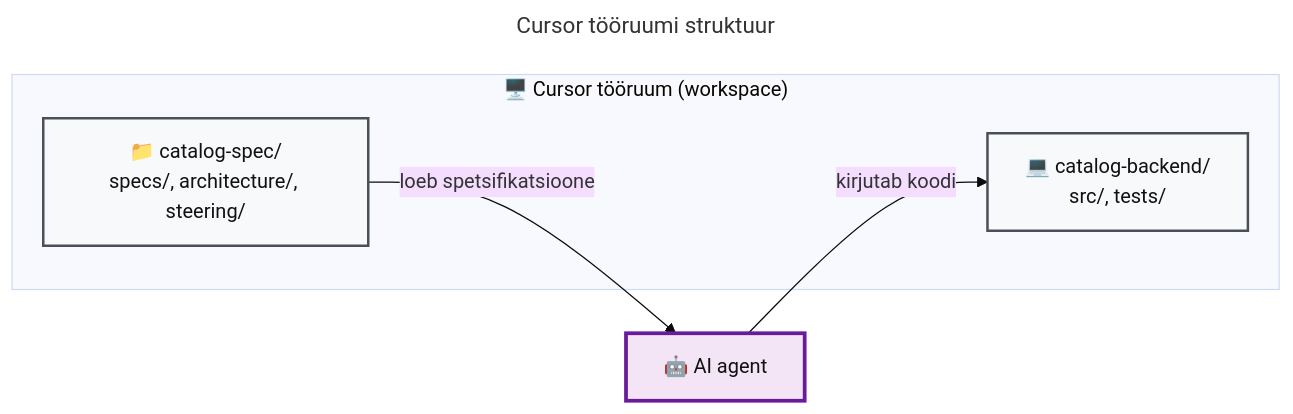
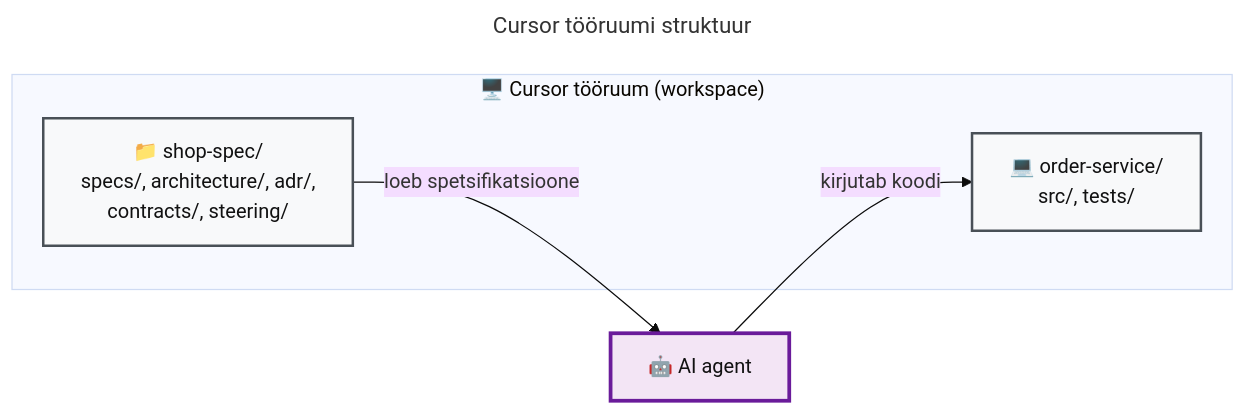
The tenth of 17 diagrams in process/specification-driven-development.md (e-gov/cursor-prompts), drawn with Mermaid (base theme) before and after one commit. The commit also changed other lines of this file and 18 other files, not shown here.

````diff
--- a/process/specification-driven-development.md
+++ b/process/specification-driven-development.md
@@ -562,21 +885,21 @@
 ```mermaid
 ---
 title: Cursor tööruumi struktuur
 ---
 flowchart LR
     subgraph Workspace["🖥️ Cursor tööruum (workspace)"]
-        AR["📁 catalog-spec/<br/>specs/, architecture/, steering/"]
-        CR["💻 catalog-backend/<br/>src/, tests/"]
+        AR["📁 shop-spec/<br/>specs/, architecture/, adr/,<br/>contracts/, steering/"]
+        CR["💻 order-service/<br/>src/, tests/"]
     end
 
     AI["🤖 AI agent"]
 
     AR -->|"loeb spetsifikatsioone"| AI
     AI -->|"kirjutab koodi"| CR
 
     classDef workspace fill:#f8f9fa,stroke:#495057,stroke-width:2px,color:#111111
     classDef ai fill:#f3e5f5,stroke:#6a1b9a,stroke-width:3px,color:#111111
 
     class AR,CR workspace
     class AI ai
 ```
````
